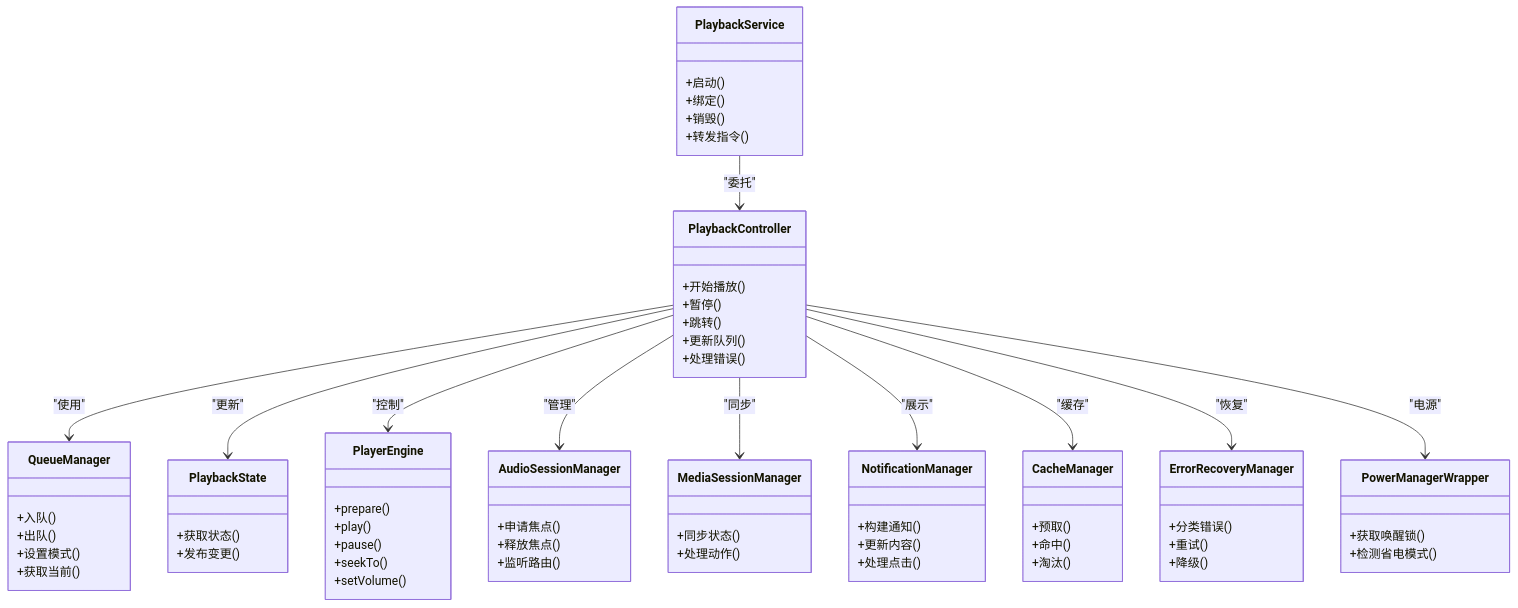
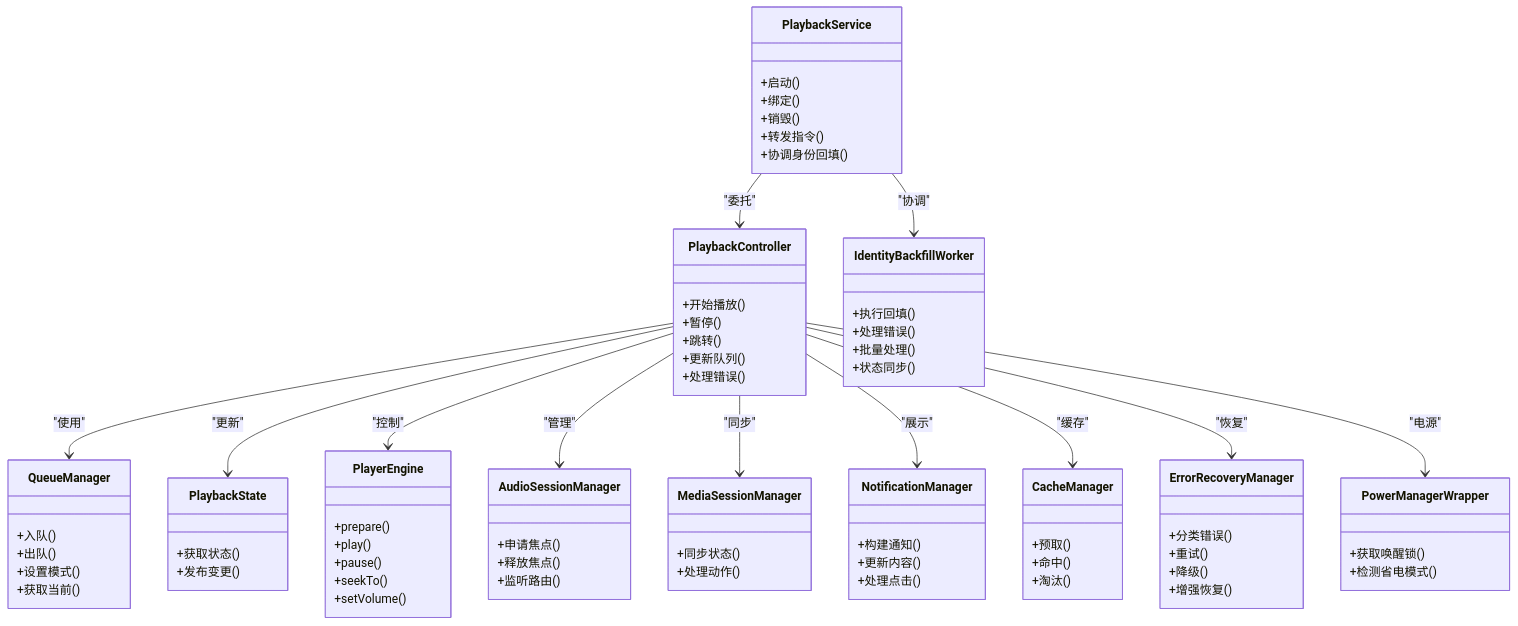
Before and after one commit to ysyhlly/Yukine-android: the third of 7 diagrams in .qoder/repowiki/zh/content/播放系统/播放系统.md, drawn with Mermaid. The commit also changed other lines of this file and 158 other files, not shown here.

````diff
--- a/.qoder/repowiki/zh/content/播放系统/播放系统.md
+++ b/.qoder/repowiki/zh/content/播放系统/播放系统.md
@@ -319,71 +325,80 @@
 ```mermaid
 classDiagram
 class PlaybackService {
 +启动()
 +绑定()
 +销毁()
 +转发指令()
++协调身份回填()
 }
 class PlaybackController {
 +开始播放()
 +暂停()
 +跳转()
 +更新队列()
 +处理错误()
 }
 class QueueManager {
 +入队()
 +出队()
 +设置模式()
 +获取当前()
 }
 class PlaybackState {
 +获取状态()
 +发布变更()
 }
 class PlayerEngine {
 +prepare()
 +play()
 +pause()
 +seekTo()
 +setVolume()
 }
 class AudioSessionManager {
 +申请焦点()
 +释放焦点()
 +监听路由()
 }
 class MediaSessionManager {
 +同步状态()
 +处理动作()
 }
 class NotificationManager {
 +构建通知()
 +更新内容()
 +处理点击()
 }
 class CacheManager {
 +预取()
 +命中()
 +淘汰()
 }
 class ErrorRecoveryManager {
 +分类错误()
 +重试()
 +降级()
++增强恢复()
 }
 class PowerManagerWrapper {
 +获取唤醒锁()
 +检测省电模式()
 }
+class IdentityBackfillWorker {
++执行回填()
++处理错误()
++批量处理()
++状态同步()
+}
 PlaybackService --> PlaybackController : "委托"
+PlaybackService --> IdentityBackfillWorker : "协调"
 PlaybackController --> QueueManager : "使用"
 PlaybackController --> PlaybackState : "更新"
 PlaybackController --> PlayerEngine : "控制"
 PlaybackController --> AudioSessionManager : "管理"
 PlaybackController --> MediaSessionManager : "同步"
 PlaybackController --> NotificationManager : "展示"
 PlaybackController --> CacheManager : "缓存"
 PlaybackController --> ErrorRecoveryManager : "恢复"
 PlaybackController --> PowerManagerWrapper : "电源"
 ```
````
